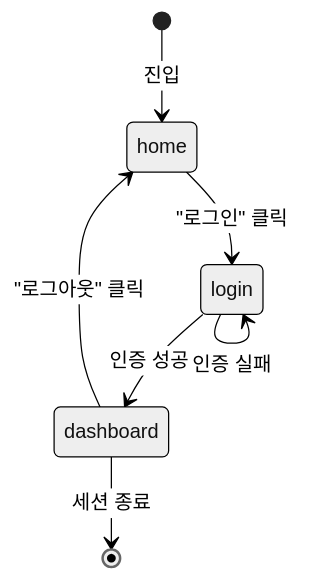
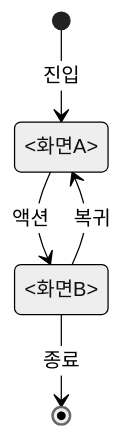
Before and after one commit to andyko18/specops-ko: the diagram in templates/screens-overview.md, drawn with Mermaid (neutral theme). The commit also changed other lines of this file and 3 other files, not shown here.

````diff
--- a/templates/screens-overview.md
+++ b/templates/screens-overview.md
@@ -25,9 +27,7 @@
 ```mermaid
 stateDiagram-v2
-  [*] --> home : 진입
-  home --> login : "로그인" 클릭
-  login --> dashboard : 인증 성공
-  login --> login : 인증 실패
-  dashboard --> home : "로그아웃" 클릭
-  dashboard --> [*] : 세션 종료
+  [*] --> <화면A> : 진입
+  <화면A> --> <화면B> : 액션
+  <화면B> --> <화면A> : 복귀
+  <화면B> --> [*] : 종료
 ```
````
